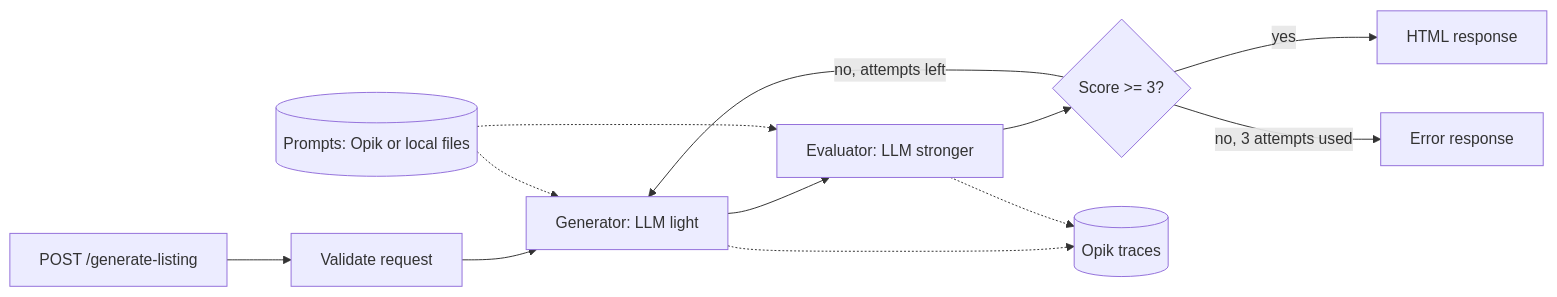
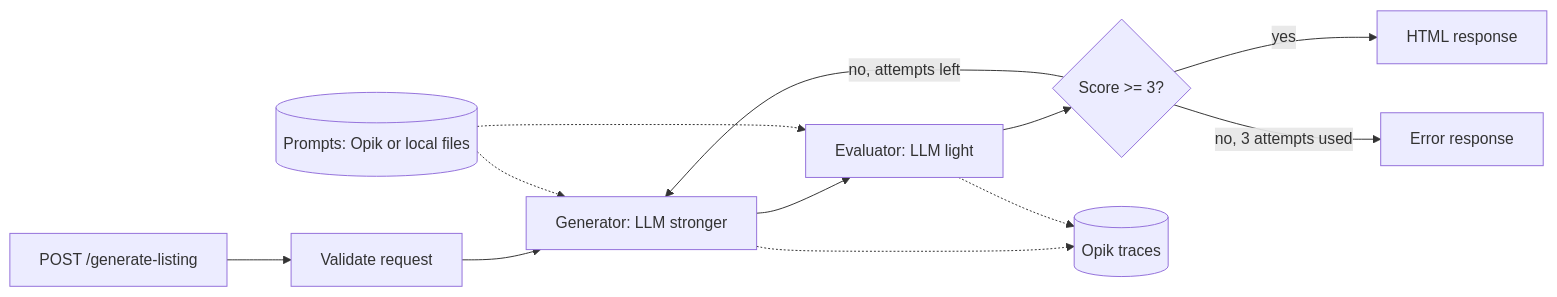
Before and after one commit to fsystemweb/real-estate-web-generator: the diagram in README.md, drawn with Mermaid. The commit also changed other lines of this file and 3 other files, not shown here.

Commit message:
feat: configurable generator/evaluator models; stronger generates, light evaluates

````diff
--- a/README.md
+++ b/README.md
@@ -13,14 +13,14 @@
 ```mermaid
 flowchart LR
     A[POST /generate-listing] --> B[Validate request]
-    B --> C[Generator: LLM light]
-    C --> D[Evaluator: LLM stronger]
+    B --> C[Generator: LLM stronger]
+    C --> D[Evaluator: LLM light]
     D --> E{Score >= 3?}
     E -- yes --> F[HTML response]
     E -- "no, attempts left" --> C
     E -- "no, 3 attempts used" --> G[Error response]
     P[(Prompts: Opik or local files)] -.-> C
     P -.-> D
     C -.-> T[(Opik traces)]
     D -.-> T
 ```
````
